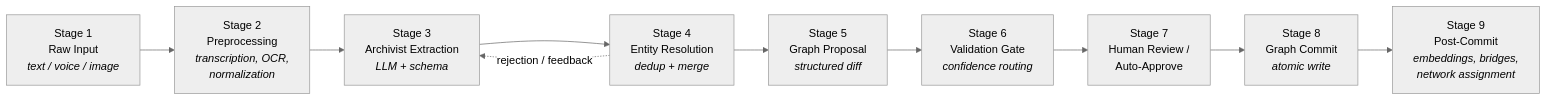
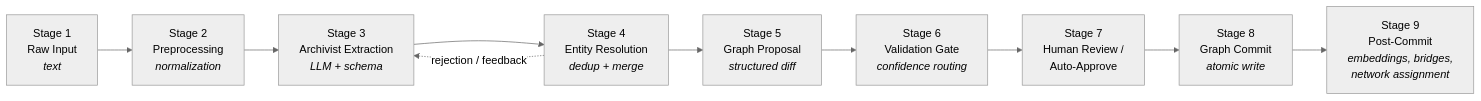
One commit to dorycui007/Memora changed the second of 10 diagrams in ARCHITECTURE.md. Above: the diagram before and after it, drawn with Mermaid (neutral theme). The commit also changed other lines of this file and 1 other file, not shown here.

Commit message:
Update README and architecture documentation

````diff
--- a/ARCHITECTURE.md
+++ b/ARCHITECTURE.md
@@ -192,15 +192,15 @@
 ```mermaid
 flowchart LR
-    S1["Stage 1<br/>Raw Input<br/><i>text / voice / image</i>"]
-    S2["Stage 2<br/>Preprocessing<br/><i>transcription, OCR,<br/>normalization</i>"]
+    S1["Stage 1<br/>Raw Input<br/><i>text</i>"]
+    S2["Stage 2<br/>Preprocessing<br/><i>normalization</i>"]
     S3["Stage 3<br/>Archivist Extraction<br/><i>LLM + schema</i>"]
     S4["Stage 4<br/>Entity Resolution<br/><i>dedup + merge</i>"]
     S5["Stage 5<br/>Graph Proposal<br/><i>structured diff</i>"]
     S6["Stage 6<br/>Validation Gate<br/><i>confidence routing</i>"]
     S7["Stage 7<br/>Human Review /<br/>Auto-Approve"]
     S8["Stage 8<br/>Graph Commit<br/><i>atomic write</i>"]
     S9["Stage 9<br/>Post-Commit<br/><i>embeddings, bridges,<br/>network assignment</i>"]
 
     S1 --> S2 --> S3 --> S4 --> S5 --> S6 --> S7 --> S8 --> S9
     S4 -.->|"rejection / feedback"| S3
 ```
````
